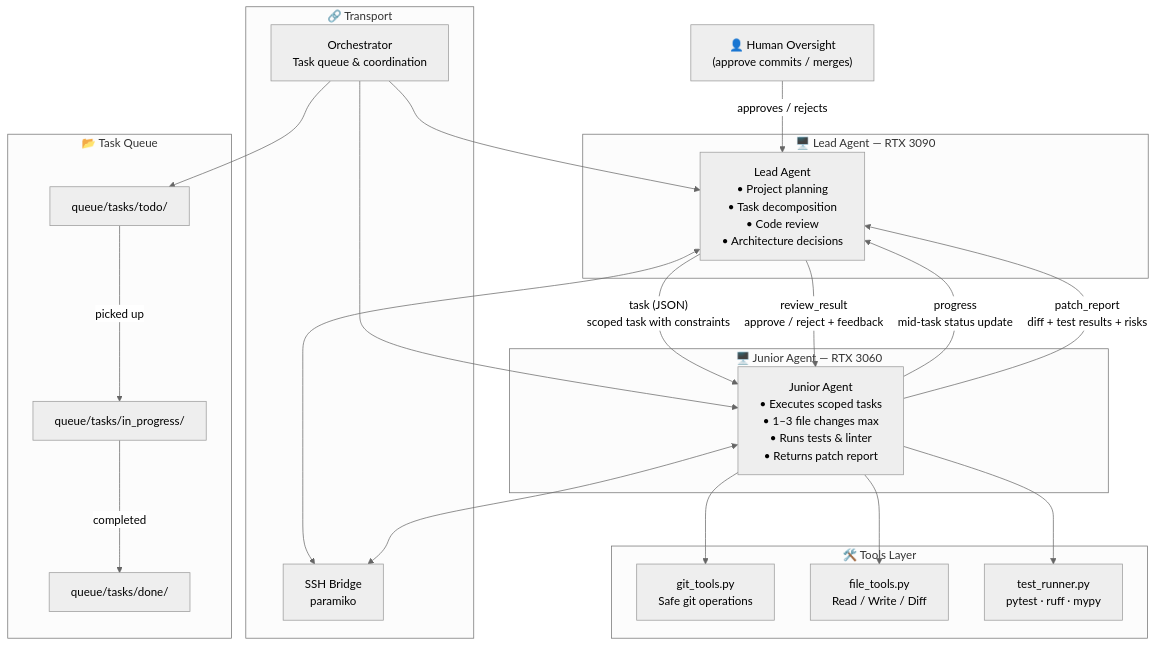
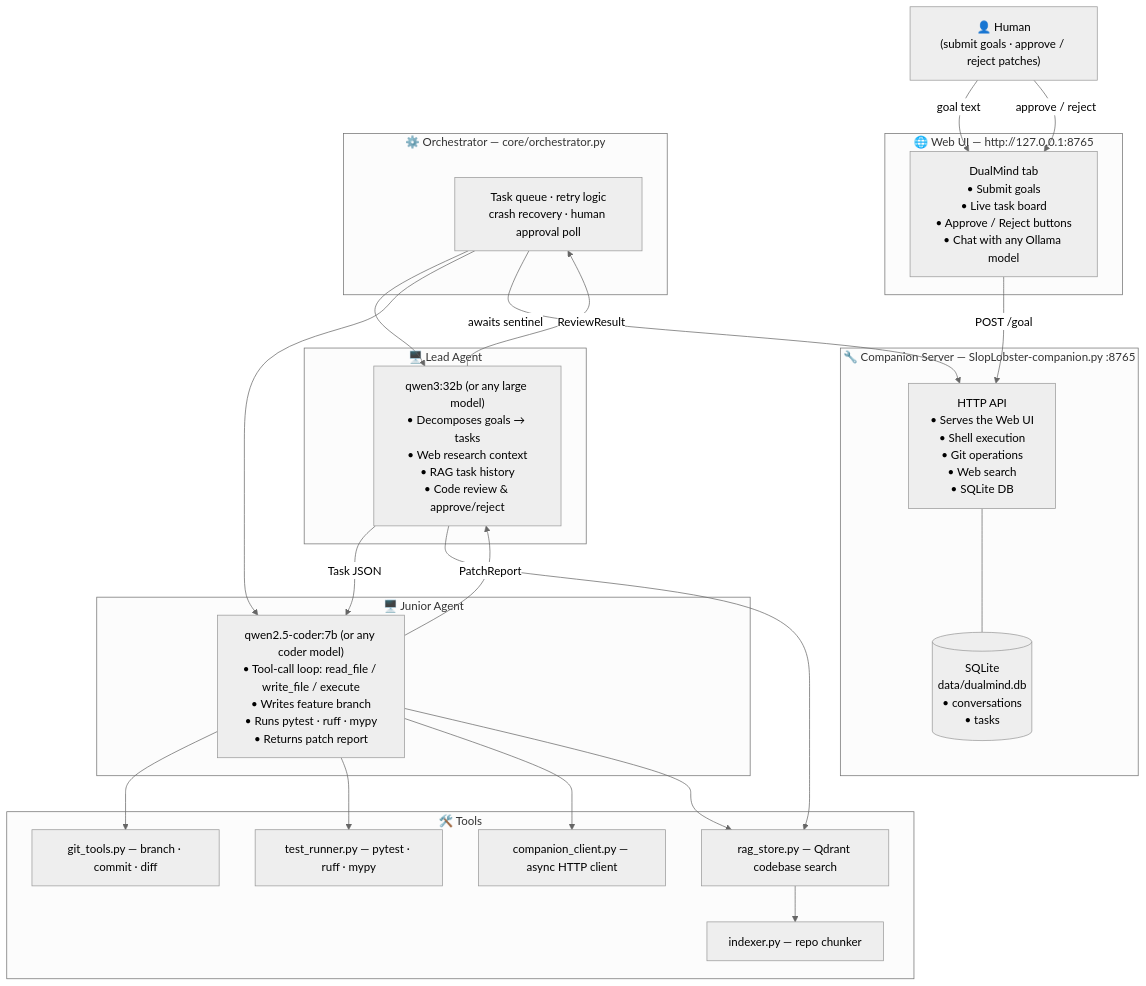
One commit to Totsamuychel/DualMind-Dev changed the diagram in README.md. Above: the diagram before and after it, drawn with Mermaid (neutral theme). The commit also changed other lines of this file, not shown here.

Commit message:
docs: rewrite README — accurate architecture, updated quickstart, full feature coverage

````diff
--- a/README.md
+++ b/README.md
@@ -9,49 +9,51 @@
 ```mermaid
 graph TD
-    H["👤 Human Oversight\n(approve commits / merges)"]
+    H["👤 Human\n(submit goals · approve / reject patches)"]
 
-    H -->|"approves / rejects"| LA
-
-    subgraph Lead["🖥️ Lead Agent — RTX 3090"]
-        LA["Lead Agent\n• Project planning\n• Task decomposition\n• Code review\n• Architecture decisions"]
+    subgraph UI["🌐 Web UI — http://127.0.0.1:8765"]
+        UIC["DualMind tab\n• Submit goals\n• Live task board\n• Approve / Reject buttons\n• Chat with any Ollama model"]
     end
 
-    subgraph Junior["🖥️ Junior Agent — RTX 3060"]
-        JA["Junior Agent\n• Executes scoped tasks\n• 1–3 file changes max\n• Runs tests & linter\n• Returns patch report"]
+    H -->|"goal text"| UIC
+    UIC -->|"POST /goal"| CS
+    H -->|"approve / reject"| UIC
+
+    subgraph Companion["🔧 Companion Server — SlopLobster-companion.py :8765"]
+        CS["HTTP API\n• Serves the Web UI\n• Shell execution\n• Git operations\n• Web search\n• SQLite DB"]
+        DB[("SQLite\ndata/dualmind.db\n• conversations\n• tasks")]
+        CS --- DB
     end
 
-    LA -->|"task (JSON)\nscoped task with constraints"| JA
-    JA -->|"progress\nmid-task status update"| LA
-    JA -->|"patch_report\ndiff + test results + risks"| LA
-    LA -->|"review_result\napprove / reject + feedback"| JA
-
-    subgraph Tools["🛠️ Tools Layer"]
-        GT["git_tools.py\nSafe git operations"]
-        FT["file_tools.py\nRead / Write / Diff"]
-        TR["test_runner.py\npytest · ruff · mypy"]
+    subgraph Orchestrator["⚙️ Orchestrator — core/orchestrator.py"]
+        ORC["Task queue · retry logic\ncrash recovery · human approval poll"]
     end
 
-    JA --> GT
-    JA --> FT
-    JA --> TR
-
-    subgraph Transport["🔗 Transport"]
-        SSH["SSH Bridge\nparamiko"]
-        ORC["Orchestrator\nTask queue & coordination"]
+    subgraph LeadAgent["🖥️ Lead Agent"]
+        LA["qwen3:32b (or any large model)\n• Decomposes goals → tasks\n• Web research context\n• RAG task history\n• Code review & approve/reject"]
     end
 
-    LA <--> SSH
-    JA <--> SSH
+    subgraph JuniorAgent["🖥️ Junior Agent"]
+        JA["qwen2.5-coder:7b (or any coder model)\n• Tool-call loop: read_file / write_file / execute\n• Writes feature branch\n• Runs pytest · ruff · mypy\n• Returns patch report"]
+    end
+
+    subgraph Tools["🛠️ Tools"]
+        GT["git_tools.py — branch · commit · diff"]
+        TR["test_runner.py — pytest · ruff · mypy"]
+        RAG["rag_store.py — Qdrant codebase search"]
+        IDX["indexer.py — repo chunker"]
+        CC["companion_client.py — async HTTP client"]
+    end
+
     ORC --> LA
     ORC --> JA
-
-    subgraph Queue["📂 Task Queue"]
-        TODO["queue/tasks/todo/"]
-        WIP["queue/tasks/in_progress/"]
-        DONE["queue/tasks/done/"]
-    end
-
-    ORC --> TODO
-    TODO -->|"picked up"| WIP
-    WIP -->|"completed"| DONE
+    LA -->|"Task JSON"| JA
+    JA -->|"PatchReport"| LA
+    LA -->|"ReviewResult"| ORC
+    ORC -->|"awaits sentinel"| CS
+    JA --> GT
+    JA --> TR
+    JA --> CC
+    LA --> RAG
+    JA --> RAG
+    RAG --> IDX
 ```
````
